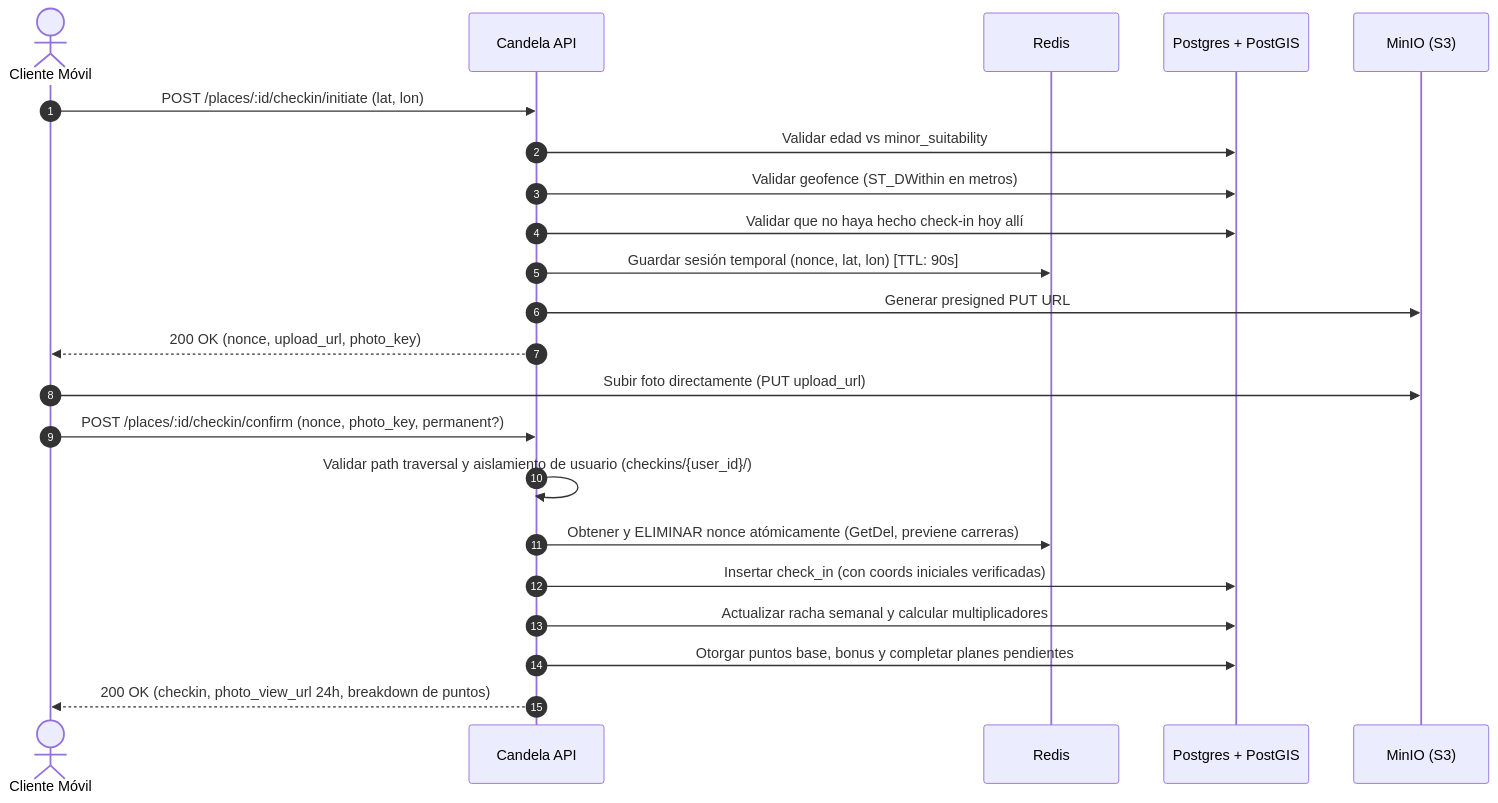
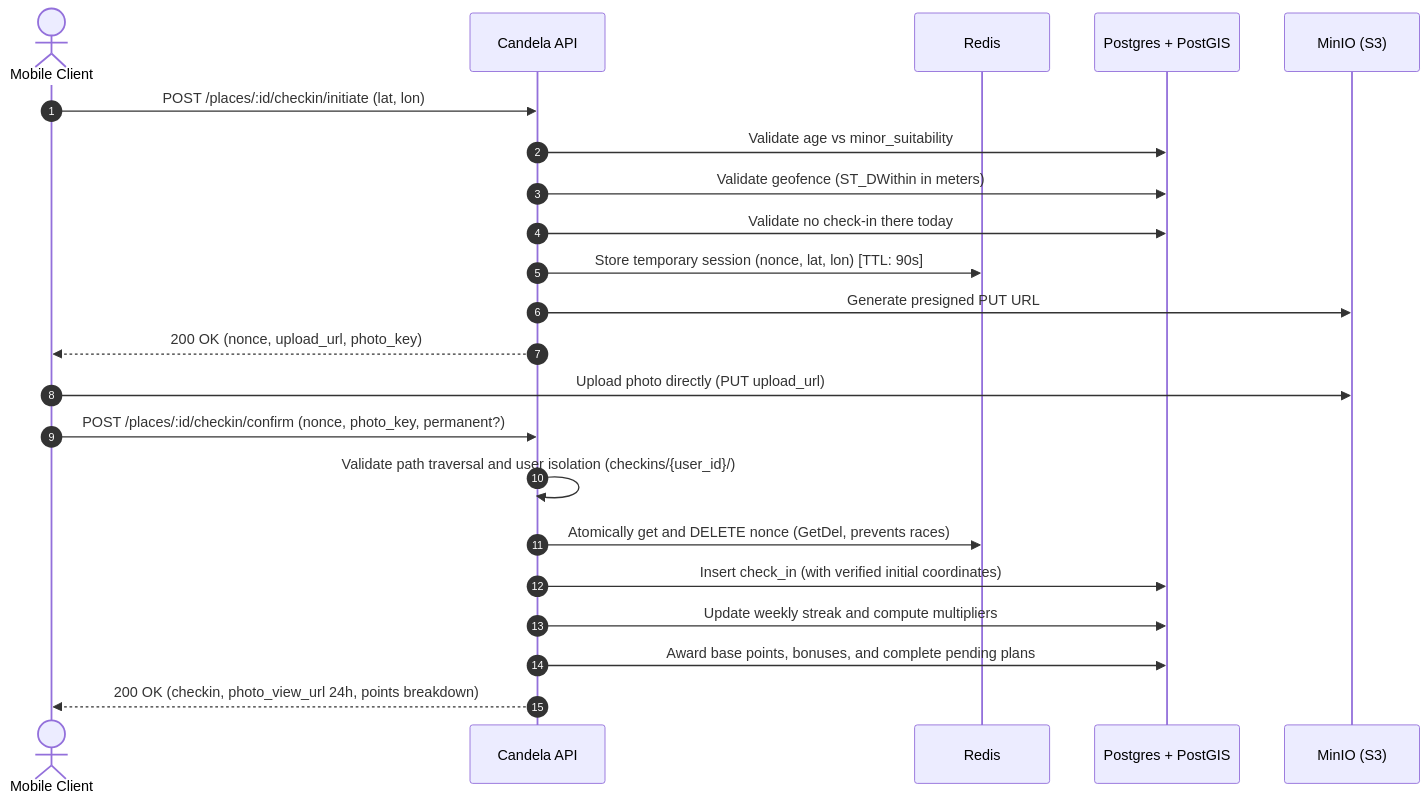
Before and after one commit to CubicMaldo/candela-api: the second of 2 diagrams in README.md, drawn with Mermaid. The commit also changed other lines of this file, not shown here.

````diff
--- a/README.md
+++ b/README.md
@@ -136,27 +136,27 @@
 ```mermaid
 sequenceDiagram
     autonumber
-    actor C as Cliente Móvil
+    actor C as Mobile Client
     participant A as Candela API
     participant R as Redis
     participant DB as Postgres + PostGIS
     participant S3 as MinIO (S3)
 
     C->>A: POST /places/:id/checkin/initiate (lat, lon)
-    A->>DB: Validar edad vs minor_suitability
-    A->>DB: Validar geofence (ST_DWithin en metros)
-    A->>DB: Validar que no haya hecho check-in hoy allí
-    A->>R: Guardar sesión temporal (nonce, lat, lon) [TTL: 90s]
-    A->>S3: Generar presigned PUT URL
+    A->>DB: Validate age vs minor_suitability
+    A->>DB: Validate geofence (ST_DWithin in meters)
+    A->>DB: Validate no check-in there today
+    A->>R: Store temporary session (nonce, lat, lon) [TTL: 90s]
+    A->>S3: Generate presigned PUT URL
     A-->>C: 200 OK (nonce, upload_url, photo_key)
 
-    C->>S3: Subir foto directamente (PUT upload_url)
+    C->>S3: Upload photo directly (PUT upload_url)
 
     C->>A: POST /places/:id/checkin/confirm (nonce, photo_key, permanent?)
-    A->>A: Validar path traversal y aislamiento de usuario (checkins/{user_id}/)
-    A->>R: Obtener y ELIMINAR nonce atómicamente (GetDel, previene carreras)
-    A->>DB: Insertar check_in (con coords iniciales verificadas)
-    A->>DB: Actualizar racha semanal y calcular multiplicadores
-    A->>DB: Otorgar puntos base, bonus y completar planes pendientes
-    A-->>C: 200 OK (checkin, photo_view_url 24h, breakdown de puntos)
+    A->>A: Validate path traversal and user isolation (checkins/{user_id}/)
+    A->>R: Atomically get and DELETE nonce (GetDel, prevents races)
+    A->>DB: Insert check_in (with verified initial coordinates)
+    A->>DB: Update weekly streak and compute multipliers
+    A->>DB: Award base points, bonuses, and complete pending plans
+    A-->>C: 200 OK (checkin, photo_view_url 24h, points breakdown)
 ```
````
